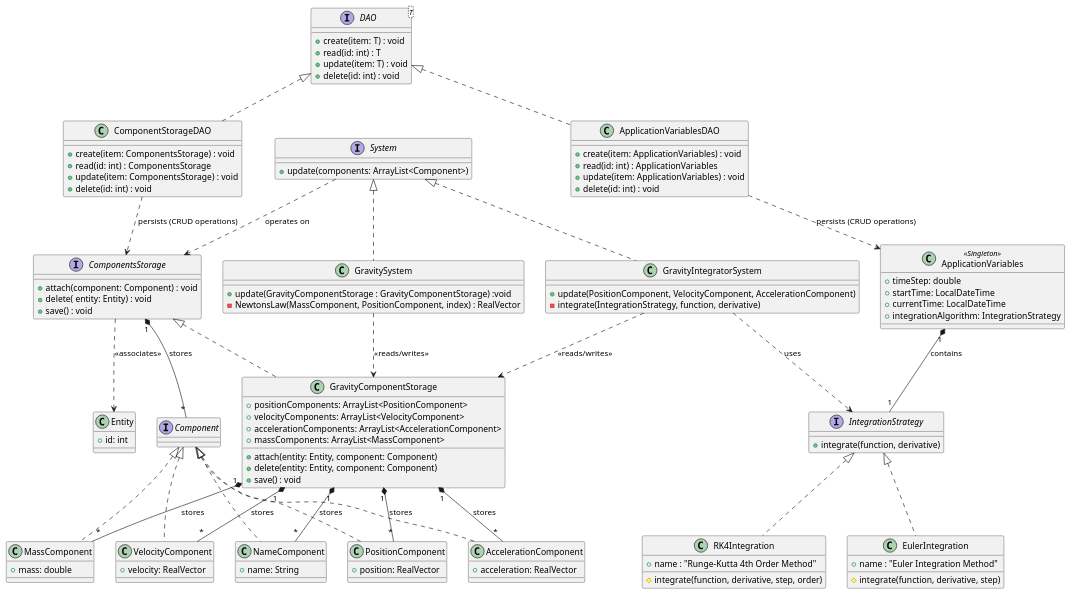
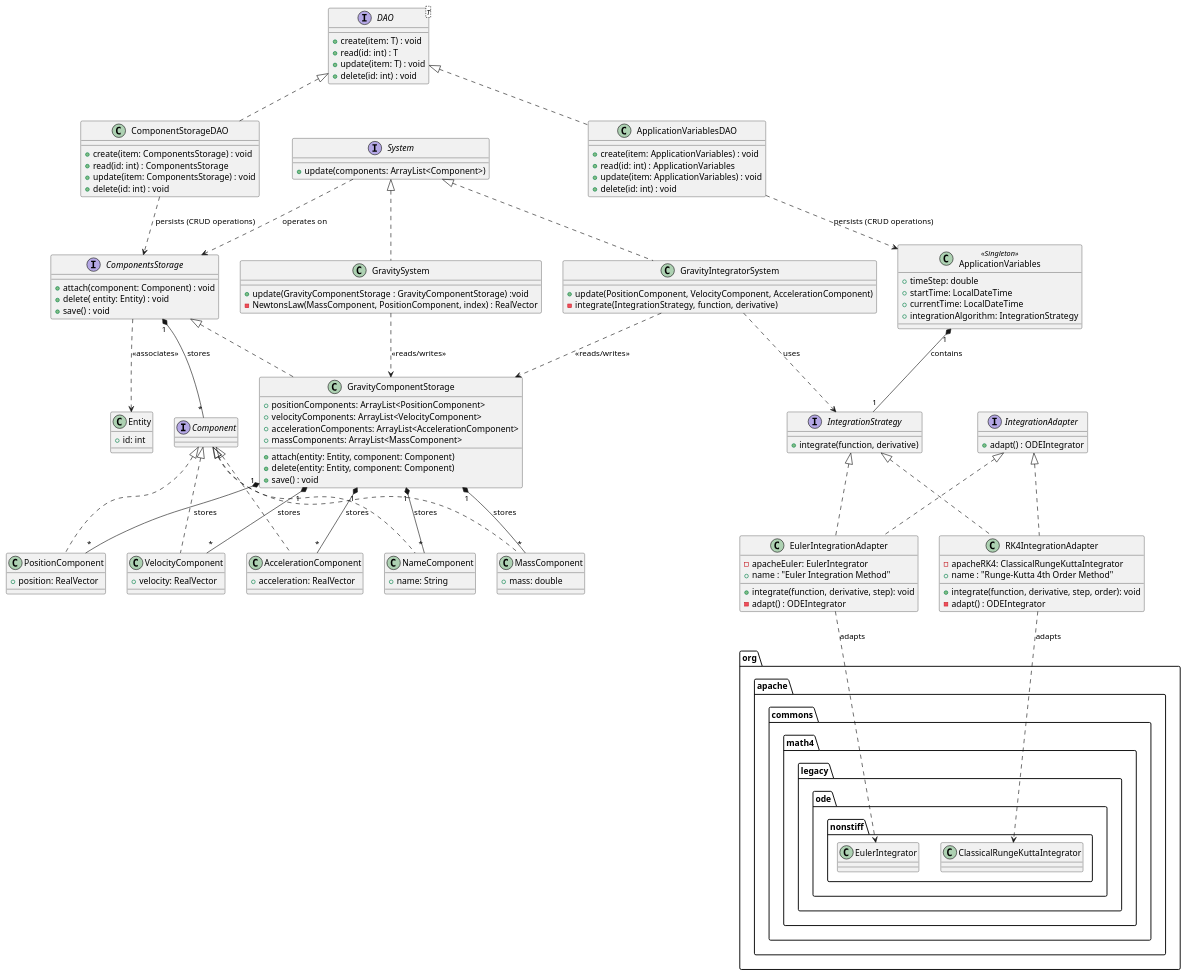
One commit to Pela98/GravSim changed the diagram in UML/ModelUML.puml. Above: the diagram before and after it, drawn with PlantUML.

Commit message:
Add integration strategies with adapter pattern to UML model

```diff
--- a/UML/ModelUML.puml
+++ b/UML/ModelUML.puml
@@ -1,146 +1,161 @@
 @startuml ECS_Pattern
 
 ' Entity-Component-System UML Structure for Java
 
 'RealVector in apache commons math4
 'https://commons.apache.org/proper/commons-math/javadocs/api-4.0/org/apache/commons/math4/linear/RealVector.html
 'ArrayList in java.util
 'https://docs.oracle.com/en/java/javase/11/docs/api/java.base/java/util/ArrayList.html
 'Integration methods in apache commons math4
 'https://commons.apache.org/proper/commons-math/commons-math-docs/apidocs/org/apache/commons/math4/legacy/ode/nonstiff/package-summary.html-
 
 'LocalDateTime in java.time
 'https://docs.oracle.com/en/java/javase/11/docs/api/java.base/java/time/LocalDateTime.html
 
 '------ECS BASE-------
 class Entity {
     +id: int
 }
 
 interface Component {
 }
 
 interface System {
     +update(components: ArrayList<Component>)
 }
 '------Strategia orientata ai Dati------
 
 interface ComponentsStorage {
     +attach(component: Component) : void
     +delete( entity: Entity) : void
     +save() : void
     }
 'usare singleton pattern in Java per implementare questa classe 
 class GravityComponentStorage implements ComponentsStorage {
     +positionComponents: ArrayList<PositionComponent>
     +velocityComponents: ArrayList<VelocityComponent>
     +accelerationComponents: ArrayList<AccelerationComponent>
     +massComponents: ArrayList<MassComponent>
     +attach(entity: Entity, component: Component)
     +delete(entity: Entity, component: Component)
     +save() : void
 
 }
 
 '---------Components (Dati)----------
 class PositionComponent implements Component {
     +position: RealVector 
 }
 
 class VelocityComponent implements Component {
     +velocity: RealVector
 }
 
 class AccelerationComponent implements Component {
     +acceleration: RealVector
 }
 
 class NameComponent implements Component {
     +name: String
 }
 
 class MassComponent implements Component {
     +mass: double
 }
 
 
 '-------"Variabili Globali"-------
 'Usare Singleton pattern in Java per implementare questa classe
 class ApplicationVariables <<Singleton>> {
     +timeStep: double 
     +startTime: LocalDateTime
     +currentTime: LocalDateTime
     +integrationAlgorithm: IntegrationStrategy
 }
 
 '-----------Systems (Logica)--------------
 class GravitySystem implements System {
 
     +update(GravityComponentStorage : GravityComponentStorage) :void
     -NewtonsLaw(MassComponent, PositionComponent, index) : RealVector
 }
 class GravityIntegratorSystem implements System {
     +update(PositionComponent, VelocityComponent, AccelerationComponent)
     -integrate(IntegrationStrategy, function, derivative)
 }
 
 '-----Associazioni e Composizioni-----
 
 ComponentsStorage "1" *-- "*" Component : stores
 System  ..> ComponentsStorage : operates on
 ComponentsStorage ..> Entity : <<associates>>
 GravityComponentStorage "1" *-- "*" PositionComponent : stores
 GravityComponentStorage "1" *-- "*" VelocityComponent : stores
 GravityComponentStorage "1" *-- "*" AccelerationComponent : stores
 GravityComponentStorage "1" *-- "*" MassComponent : stores
 GravityComponentStorage "1" *-- "*" NameComponent : stores
 ApplicationVariables "1" *-- "1" IntegrationStrategy : contains
 '-----Relazioni di Flusso dei Dati------
 
 
 
 
 GravitySystem ..> GravityComponentStorage : <<reads/writes>>
 GravityIntegratorSystem ..> GravityComponentStorage : <<reads/writes>>
 
 
 '-----Strategy per Integratore------
 interface IntegrationStrategy {
     +integrate(function, derivative)
 }
 GravityIntegratorSystem ..> IntegrationStrategy : uses
 
-class EulerIntegration implements IntegrationStrategy {
-    #integrate(function, derivative, step)
-    + name : "Euler Integration Method"
+'-----Concrete Integration Strategies with Adapter Pattern------
+interface IntegrationAdapter {
+    +adapt() : ODEIntegrator
 }
-class RK4Integration implements IntegrationStrategy {
-    #integrate(function, derivative, step, order)
-    + name : "Runge-Kutta 4th Order Method"
+
+class EulerIntegrationAdapter implements IntegrationStrategy, IntegrationAdapter {
+    -apacheEuler: EulerIntegrator
+    +name : "Euler Integration Method"
+    +integrate(function, derivative, step): void
+    -adapt() : ODEIntegrator
+    
 }
+
+class RK4IntegrationAdapter implements IntegrationStrategy, IntegrationAdapter {
+    -apacheRK4: ClassicalRungeKuttaIntegrator
+    +name : "Runge-Kutta 4th Order Method"
+    +integrate(function, derivative, step, order): void
+    -adapt() : ODEIntegrator
+    
+}
+
+EulerIntegrationAdapter ..> "org.apache.commons.math4.legacy.ode.nonstiff.EulerIntegrator" : adapts
+RK4IntegrationAdapter ..> "org.apache.commons.math4.legacy.ode.nonstiff.ClassicalRungeKuttaIntegrator" : adapts
 '-----DAO Pattern for Persistence------
 interface DAO<T> {
     +create(item: T) : void
     +read(id: int) : T
     +update(item: T) : void
     +delete(id: int) : void
 }
 
 class ComponentStorageDAO implements DAO<ComponentsStorage> {
     +create(item: ComponentsStorage) : void
     +read(id: int) : ComponentsStorage
     +update(item: ComponentsStorage) : void
     +delete(id: int) : void
 }
 
 class ApplicationVariablesDAO implements DAO<ApplicationVariables> {
     +create(item: ApplicationVariables) : void
     +read(id: int) : ApplicationVariables
     +update(item: ApplicationVariables) : void
     +delete(id: int) : void
 }
 
 ComponentStorageDAO ..> ComponentsStorage : persists (CRUD operations)
 ApplicationVariablesDAO ..> ApplicationVariables : persists (CRUD operations)
 
 @enduml
```
